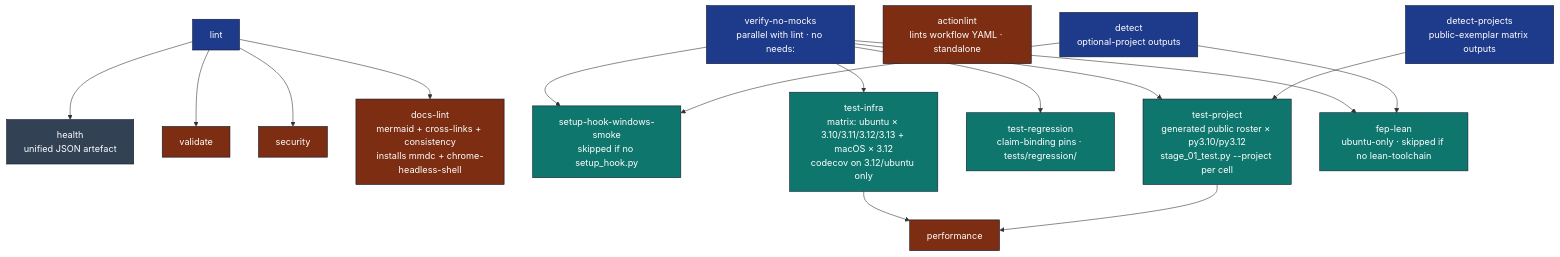
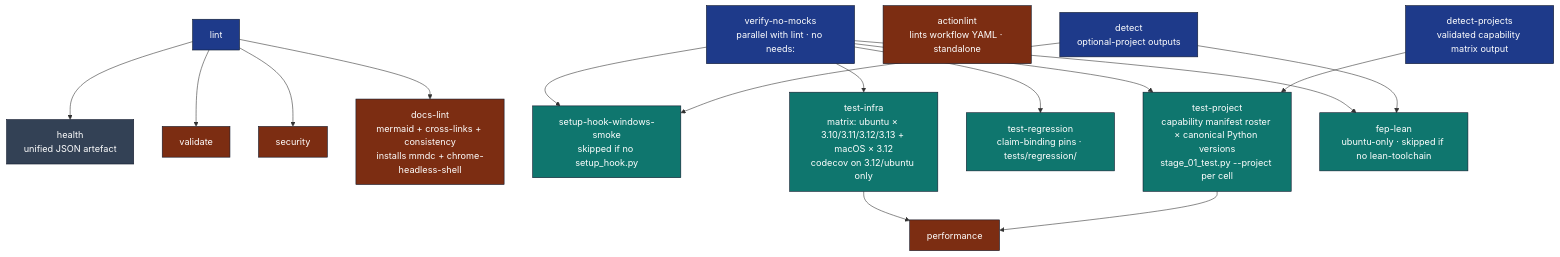
The second of 2 diagrams in .github/workflows/AGENTS.md (docxology/template), drawn with Mermaid before and after one commit. The commit also changed other lines of this file and 63 other files, not shown here.

First line of the commit message:
RENDERED-PROVENANCE-1 + PUBLIC-CAPABILITY-PARITY-1 + Mahakala review + TO-DO cleanup

````diff
--- a/.github/workflows/AGENTS.md
+++ b/.github/workflows/AGENTS.md
@@ -45,30 +45,30 @@
 ```mermaid
 flowchart TB
     DET[detect<br/>optional-project outputs]
-    DETP[detect-projects<br/>public-exemplar matrix outputs]
+    DETP[detect-projects<br/>validated capability matrix output]
     ACTLINT[actionlint<br/>lints workflow YAML · standalone]
     LINT[lint] --> HEALTH[health<br/>unified JSON artefact]
     VNM[verify-no-mocks<br/>parallel with lint · no needs:]
     LINT --> VAL[validate]
     LINT --> SEC[security]
     LINT --> DL[docs-lint<br/>mermaid + cross-links + consistency<br/>installs mmdc + chrome-headless-shell]
     VNM --> SHW[setup-hook-windows-smoke<br/>skipped if no setup_hook.py]
     VNM --> TI[test-infra<br/>matrix: ubuntu × 3.10/3.11/3.12/3.13 + macOS × 3.12<br/>codecov on 3.12/ubuntu only]
     VNM --> TR[test-regression<br/>claim-binding pins · tests/regression/]
-    VNM --> TP[test-project<br/>generated public roster × py3.10/py3.12<br/>stage_01_test.py --project per cell]
+    VNM --> TP[test-project<br/>capability manifest roster × canonical Python versions<br/>stage_01_test.py --project per cell]
     VNM --> FL[fep-lean<br/>ubuntu-only · skipped if no lean-toolchain]
     DET --> SHW
     DET --> FL
     DETP --> TP
     TI --> PERF[performance]
     TP --> PERF
 
     classDef gate fill:#1e3a8a,stroke:#0f172a,color:#fff
     classDef matrix fill:#0f766e,stroke:#0f172a,color:#fff
     classDef terminal fill:#7c2d12,stroke:#0f172a,color:#fff
     classDef info fill:#334155,stroke:#0f172a,color:#fff
     class DET,DETP,LINT,VNM gate
     class TI,TR,TP,FL,SHW matrix
     class VAL,SEC,DL,PERF,ACTLINT terminal
     class HEALTH info
 ```
````
